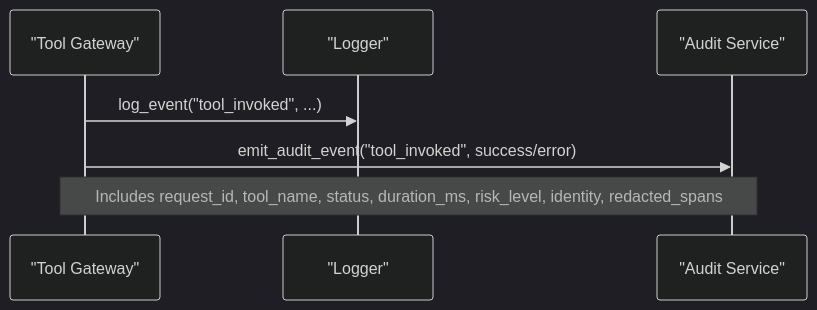
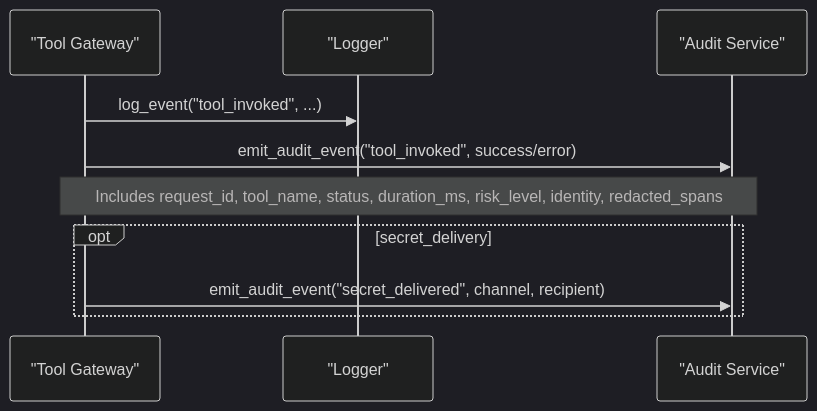
One commit to metasync/luban-aiops changed the eighth of 11 diagrams in .qoder/repowiki/en/content/Tool Execution Framework/Security and Access Control.md. Above: the diagram before and after it, drawn with Mermaid (dark theme). The commit also changed other lines of this file and 56 other files, not shown here.

First line of the commit message:
docs: refresh repowiki knowledge cache (SPEC-062 secret delivery, v0.42.0)

````diff
--- a/.qoder/repowiki/en/content/Tool Execution Framework/Security and Access Control.md
+++ b/.qoder/repowiki/en/content/Tool Execution Framework/Security and Access Control.md
@@ -328,9 +400,12 @@
 ```mermaid
 sequenceDiagram
 participant G as "Tool Gateway"
 participant L as "Logger"
 participant A as "Audit Service"
 G->>L : log_event("tool_invoked", ...)
 G->>A : emit_audit_event("tool_invoked", success/error)
 Note over G,A : Includes request_id, tool_name, status, duration_ms, risk_level, identity, redacted_spans
+opt secret_delivery
+G->>A : emit_audit_event("secret_delivered", channel, recipient)
+end
 ```
````
